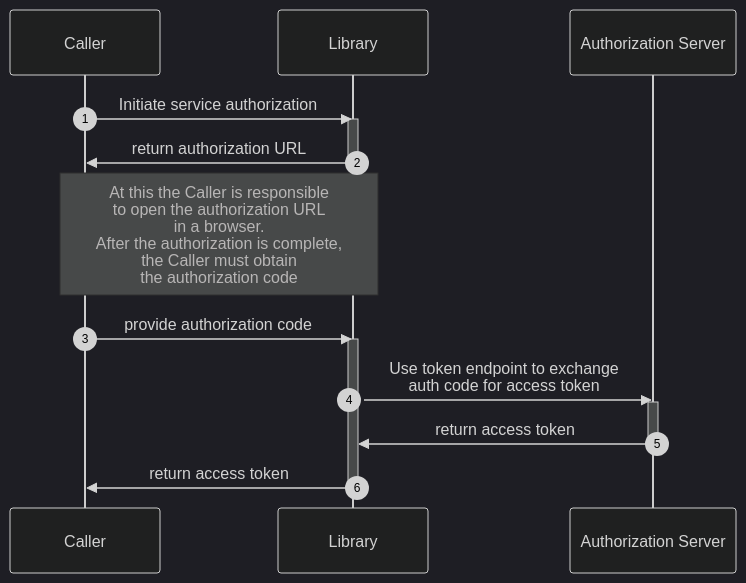
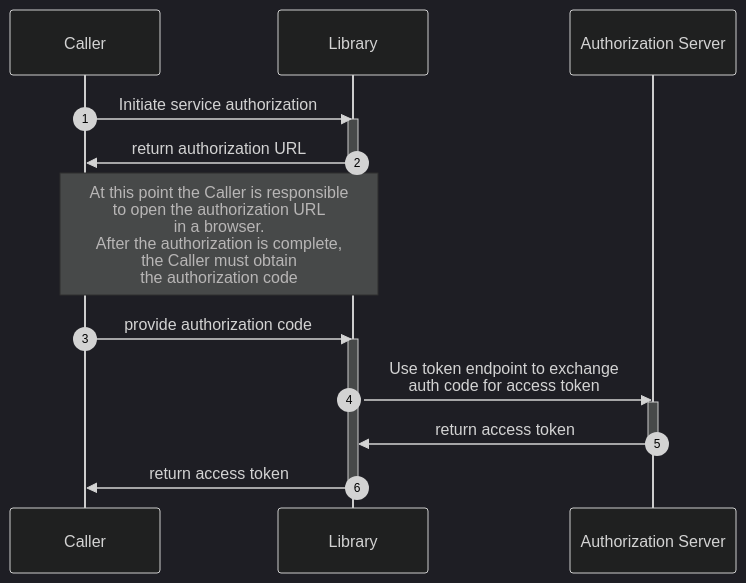
Before and after one commit to niscy-eudiw/eudi-lib-jvm-rqes-csc-kt: the second of 8 diagrams in README.md, drawn with Mermaid (dark theme). The commit also changed other lines of this file, not shown here.

Commit message:
Updated README.md with the supported features of the library

````diff
--- a/README.md
+++ b/README.md
@@ -57,17 +92,17 @@
 ```mermaid
 sequenceDiagram
-autonumber
-Caller ->> Library: Initiate service authorization
-activate Library
-Library ->> Caller: return authorization URL
-deactivate Library
-Note over Caller,Library: At this the Caller is responsible<br/>to open the authorization URL<br/> in a browser. <br/>After the authorization is complete, <br/>the Caller must obtain<br/> the authorization code
-Caller ->> Library: provide authorization code
-activate Library
-Library ->> Authorization Server: Use token endpoint to exchange<br/> auth code for access token
-activate Authorization Server
-Authorization Server ->> Library: return access token
-deactivate Authorization Server
-Library ->> Caller: return access token
-deactivate Library
+    autonumber
+    Caller ->> Library: Initiate service authorization
+    activate Library
+    Library ->> Caller: return authorization URL
+    deactivate Library
+    Note over Caller, Library: At this point the Caller is responsible<br/>to open the authorization URL<br/> in a browser. <br/>After the authorization is complete, <br/>the Caller must obtain<br/> the authorization code
+    Caller ->> Library: provide authorization code
+    activate Library
+    Library ->> Authorization Server: Use token endpoint to exchange<br/> auth code for access token
+    activate Authorization Server
+    Authorization Server ->> Library: return access token
+    deactivate Authorization Server
+    Library ->> Caller: return access token
+    deactivate Library
 ```
````
